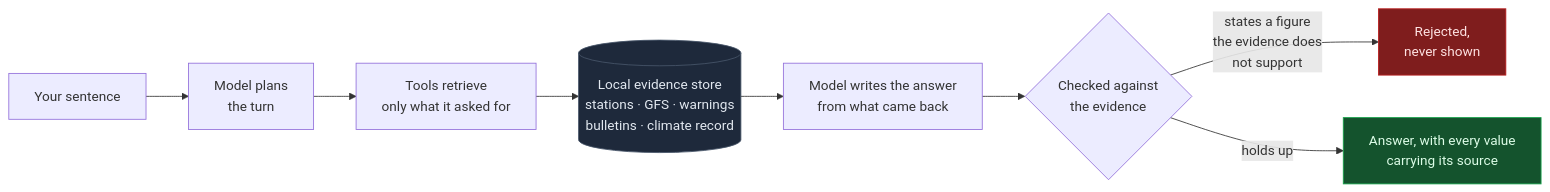
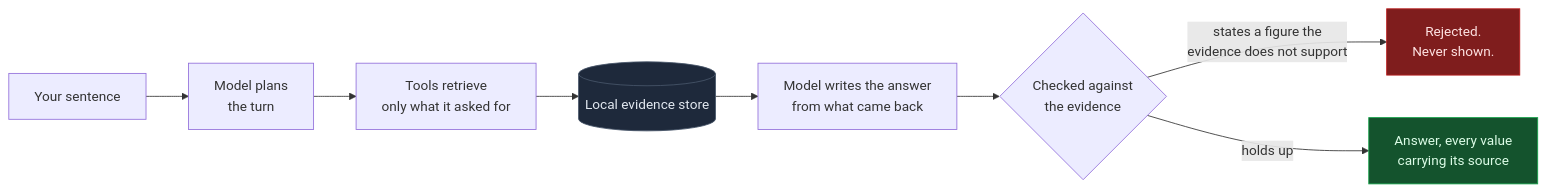
The first of 2 diagrams in README.md (Abhichandani-Yash-Manish/WeatherGPT_), drawn with Mermaid before and after one commit. The commit also changed other lines of this file and 7 other files, not shown here.

````diff
--- a/README.md
+++ b/README.md
@@ -109,14 +55,13 @@
 ```mermaid
 flowchart LR
     Q["Your sentence"] --> P["Model plans<br/>the turn"]
     P --> T["Tools retrieve<br/>only what it asked for"]
-    T --> E[("Local evidence store<br/>stations · GFS · warnings<br/>bulletins · climate record")]
+    T --> E[("Local evidence store")]
     E --> C["Model writes the answer<br/>from what came back"]
     C --> V{"Checked against<br/>the evidence"}
-    V -->|"states a figure<br/>the evidence does<br/>not support"| R["Rejected,<br/>never shown"]
-    V -->|"holds up"| A["Answer, with every value<br/>carrying its source"]
-
+    V -->|"states a figure the<br/>evidence does not support"| R["Rejected.<br/>Never shown."]
+    V -->|"holds up"| A["Answer, every value<br/>carrying its source"]
     style E fill:#1e293b,stroke:#475569,color:#e2e8f0
     style R fill:#7f1d1d,stroke:#b91c1c,color:#fee2e2
     style A fill:#14532d,stroke:#16a34a,color:#dcfce7
 ```
````
